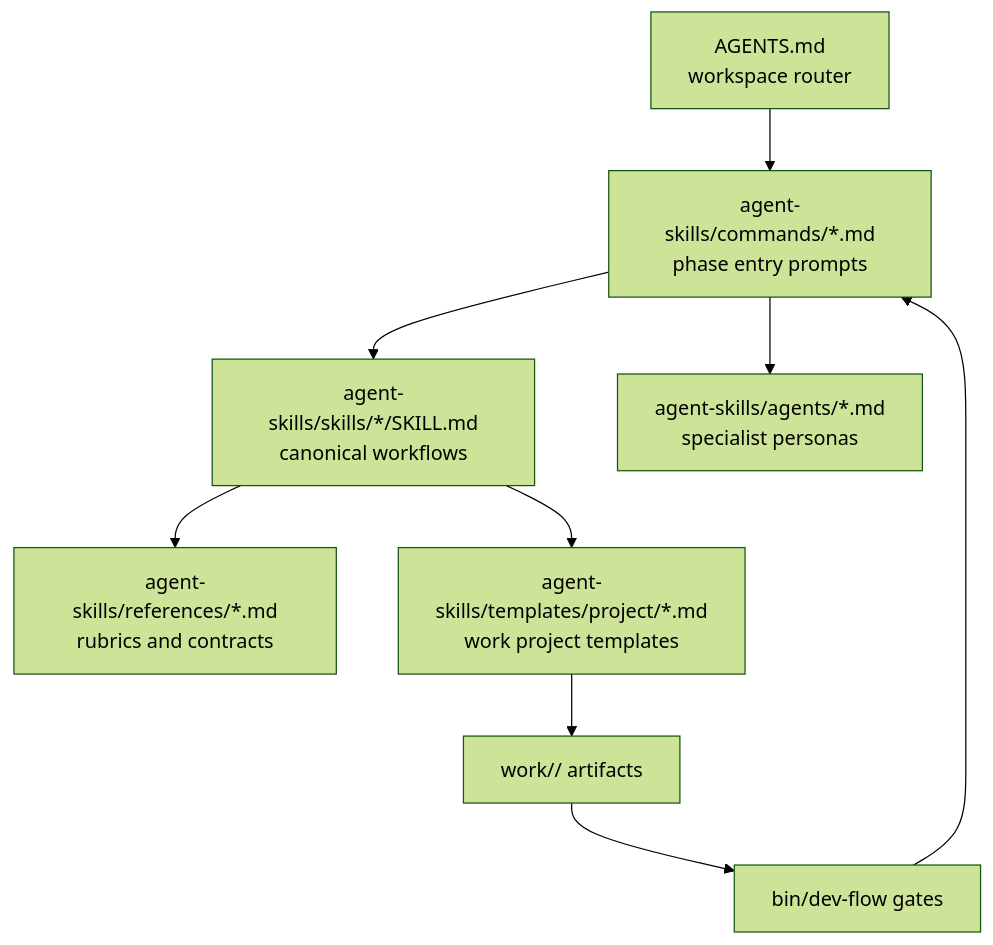
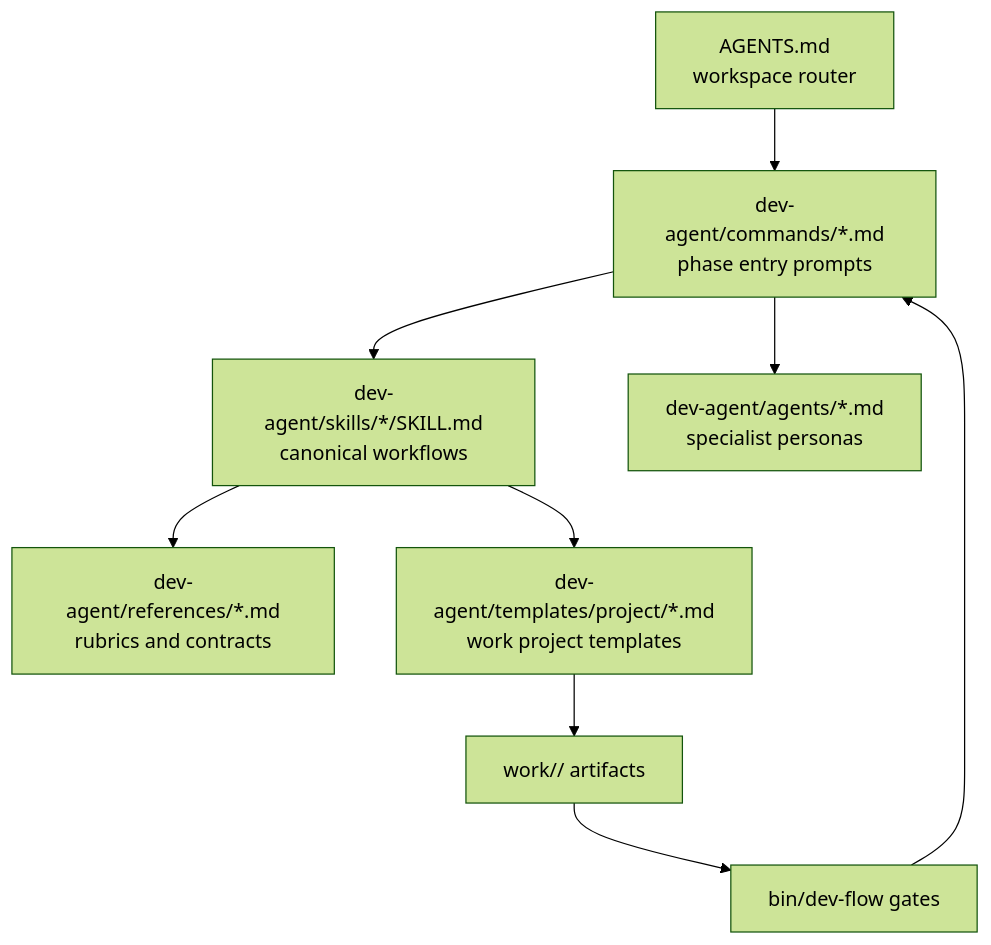
Before and after one commit to ifworldforgetme/Dev_Agent_OPC: the diagram in docs/AGENT_MD_SIMPLIFICATION_AUDIT.md, drawn with Mermaid (forest theme). The commit also changed other lines of this file and 213 other files, not shown here.

Commit message:
feat: reorganize dev agent native runtime

````diff
--- a/docs/AGENT_MD_SIMPLIFICATION_AUDIT.md
+++ b/docs/AGENT_MD_SIMPLIFICATION_AUDIT.md
@@ -12,11 +12,11 @@
 ```mermaid
 flowchart TD
-  A["AGENTS.md\nworkspace router"] --> C["agent-skills/commands/*.md\nphase entry prompts"]
-  C --> S["agent-skills/skills/*/SKILL.md\ncanonical workflows"]
-  C --> P["agent-skills/agents/*.md\nspecialist personas"]
-  S --> R["agent-skills/references/*.md\nrubrics and contracts"]
-  S --> T["agent-skills/templates/project/*.md\nwork project templates"]
+  A["AGENTS.md\nworkspace router"] --> C["dev-agent/commands/*.md\nphase entry prompts"]
+  C --> S["dev-agent/skills/*/SKILL.md\ncanonical workflows"]
+  C --> P["dev-agent/agents/*.md\nspecialist personas"]
+  S --> R["dev-agent/references/*.md\nrubrics and contracts"]
+  S --> T["dev-agent/templates/project/*.md\nwork project templates"]
   T --> W["work/<project>/ artifacts"]
   W --> G["bin/dev-flow gates"]
   G --> C
 ```
````
